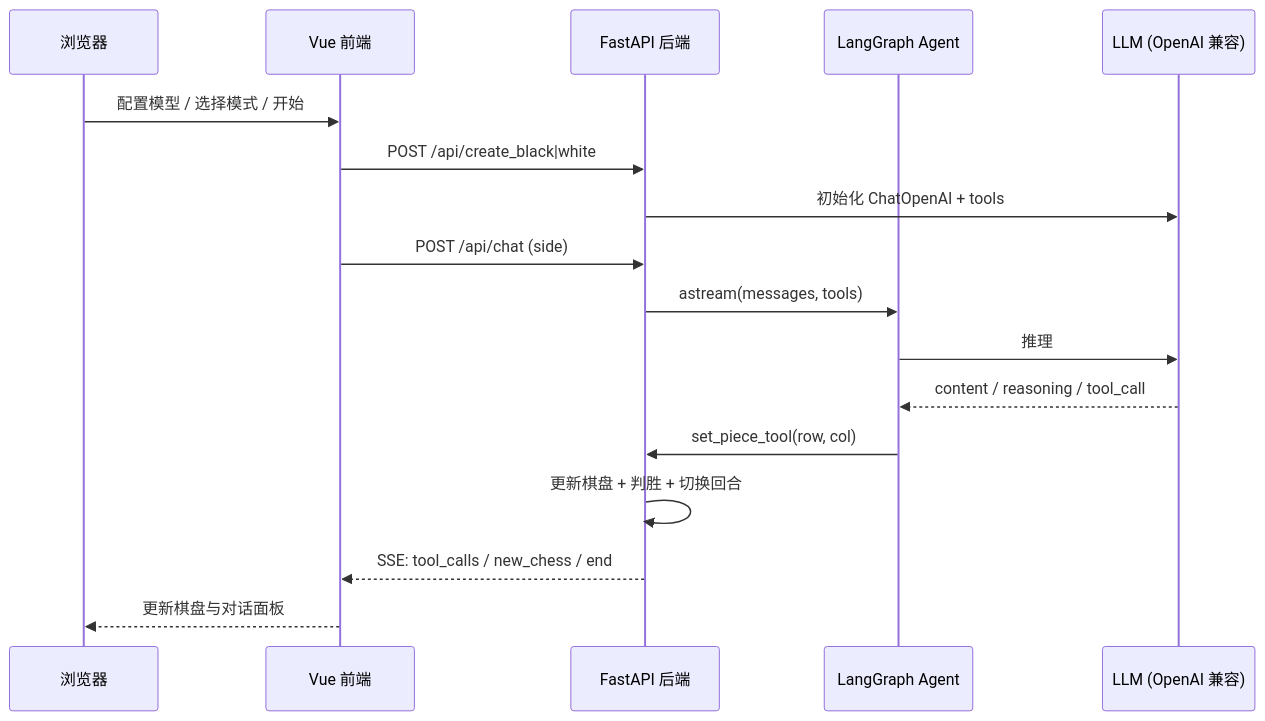
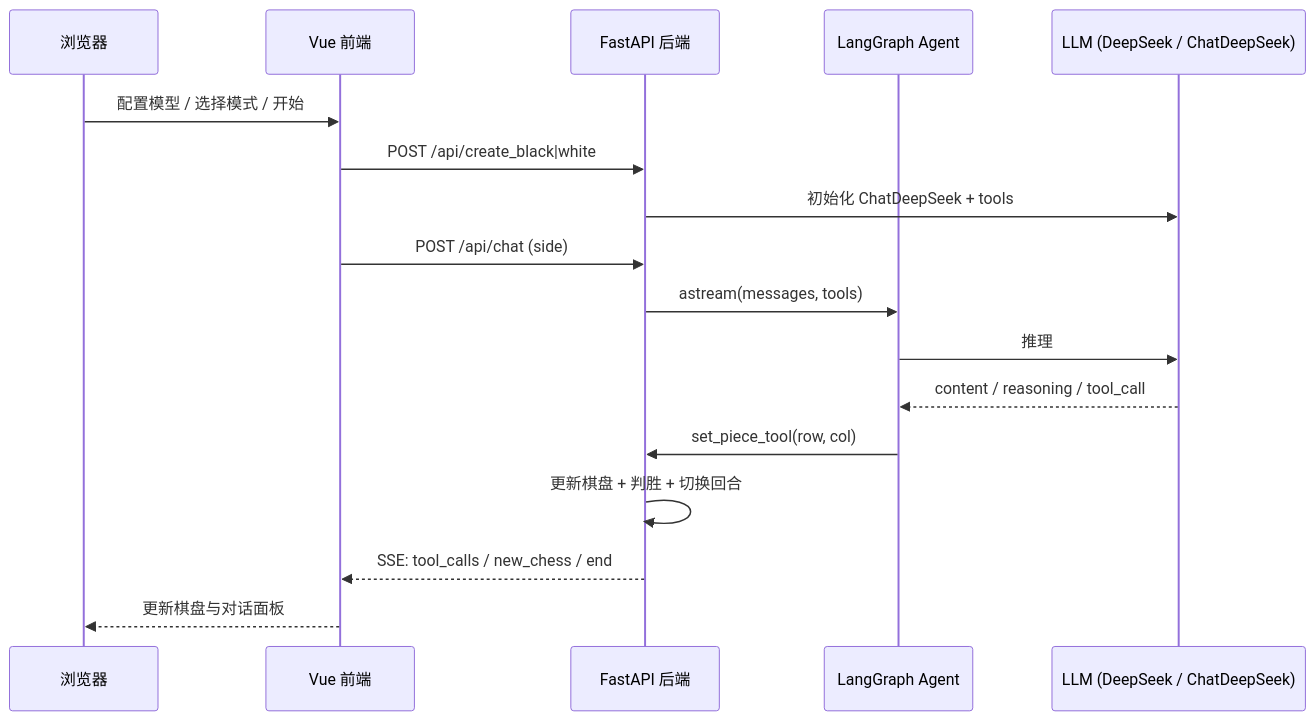
Before and after one commit to Leeszzzz/Gobang-with-LLM: the first of 2 diagrams in README.md, drawn with Mermaid. The commit also changed other lines of this file and 2 other files, not shown here.

Commit message:
ChatOpenAI改为ChatDeepSeek，支持completion接口格式及思考内容输出

````diff
--- a/README.md
+++ b/README.md
@@ -138,20 +138,20 @@
 ```mermaid
 sequenceDiagram
     participant U as 浏览器
     participant F as Vue 前端
     participant B as FastAPI 后端
     participant A as LangGraph Agent
-    participant L as LLM (OpenAI 兼容)
+    participant L as LLM (DeepSeek / ChatDeepSeek)
 
     U->>F: 配置模型 / 选择模式 / 开始
     F->>B: POST /api/create_black|white
-    B->>L: 初始化 ChatOpenAI + tools
+    B->>L: 初始化 ChatDeepSeek + tools
     F->>B: POST /api/chat (side)
     B->>A: astream(messages, tools)
     A->>L: 推理
     L-->>A: content / reasoning / tool_call
     A->>B: set_piece_tool(row, col)
     B->>B: 更新棋盘 + 判胜 + 切换回合
     B-->>F: SSE: tool_calls / new_chess / end
     F-->>U: 更新棋盘与对话面板
 ```
````
